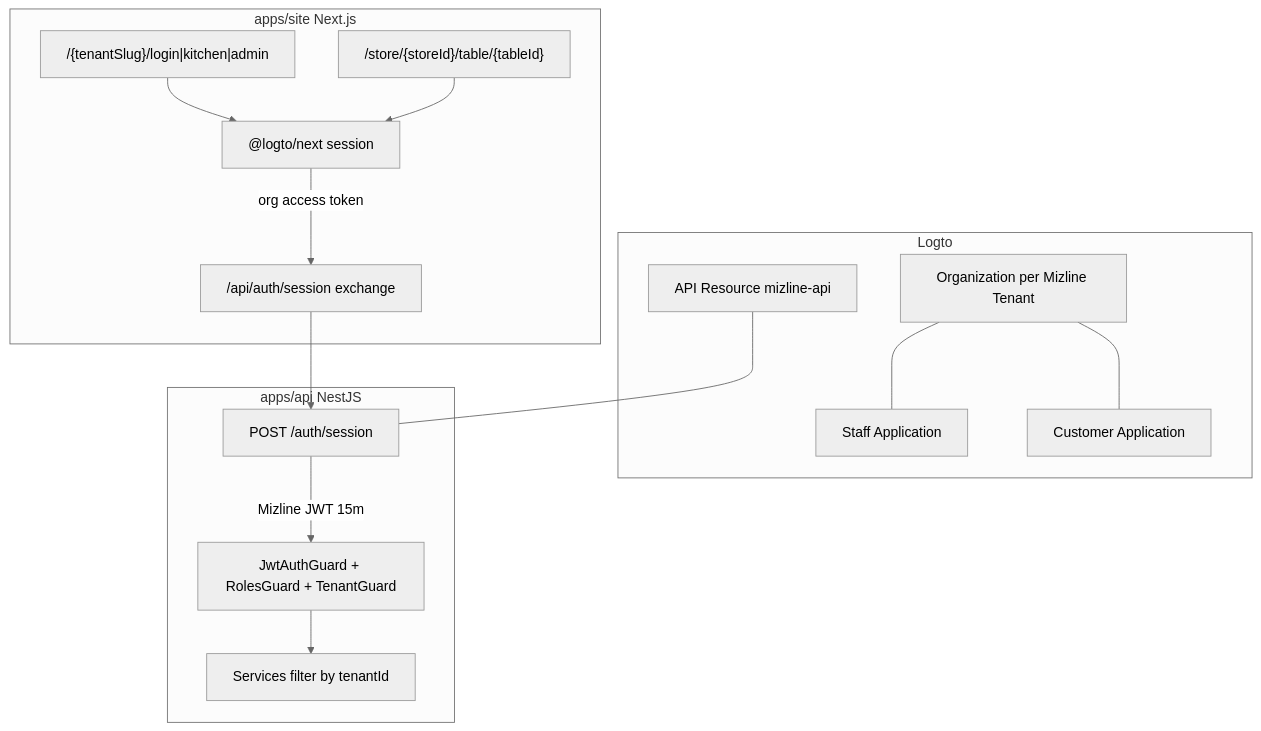
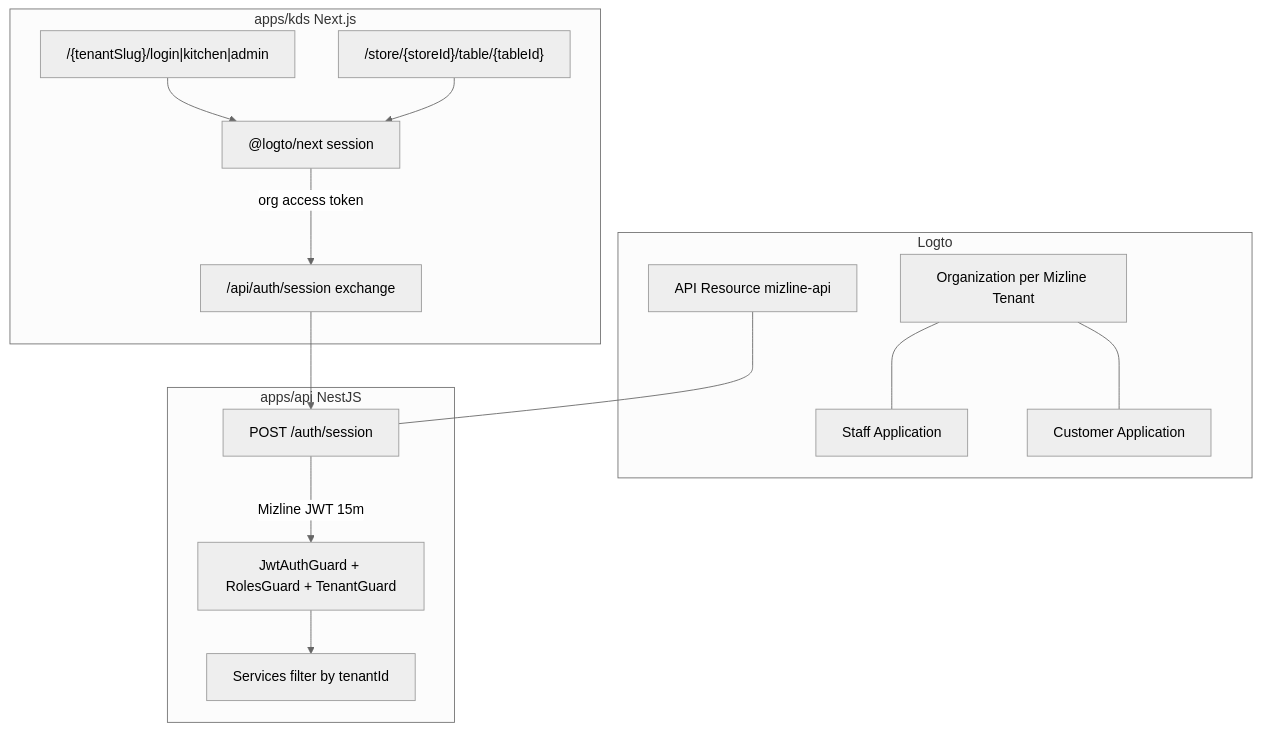
One commit to mjekrami/mizline changed the first of 2 diagrams in .cursor/plans/logto_multi-tenant_sso_ce258550.plan.md. Above: the diagram before and after it, drawn with Mermaid (neutral theme). The commit also changed other lines of this file and 261 other files, not shown here.

Commit message:
waiter and customer are both pwa, site is called kds

````diff
--- a/.cursor/plans/logto_multi-tenant_sso_ce258550.plan.md
+++ b/.cursor/plans/logto_multi-tenant_sso_ce258550.plan.md
@@ -40,32 +40,32 @@
 ```mermaid
 flowchart TB
   subgraph logto [Logto]
     Org[Organization per Mizline Tenant]
     StaffApp[Staff Application]
     CustApp[Customer Application]
     APIResource[API Resource mizline-api]
   end
 
-  subgraph site [apps/site Next.js]
+  subgraph kds [apps/kds Next.js]
     StaffRoutes["/{tenantSlug}/login|kitchen|admin"]
     CustRoutes["/store/{storeId}/table/{tableId}"]
     LogtoSDK["@logto/next session"]
     BFF["/api/auth/session exchange"]
   end
 
   subgraph api [apps/api NestJS]
     Exchange["POST /auth/session"]
     Guards["JwtAuthGuard + RolesGuard + TenantGuard"]
     Services["Services filter by tenantId"]
   end
 
   StaffRoutes --> LogtoSDK
   CustRoutes --> LogtoSDK
   LogtoSDK -->|"org access token"| BFF
   BFF --> Exchange
   Exchange -->|"Mizline JWT 15m"| Guards
   Guards --> Services
   Org --- StaffApp
   Org --- CustApp
   APIResource --- Exchange
 ```
````
